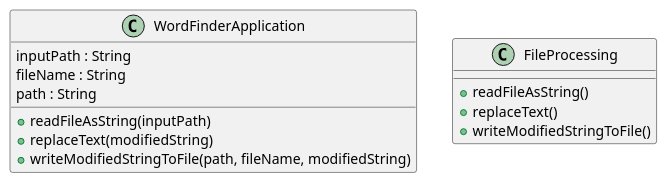
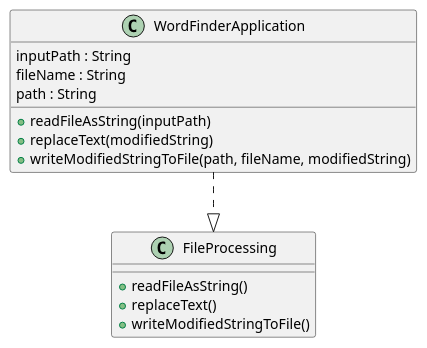
One commit to mredelis/COP3330-OOP-AS3-Summer21 changed the diagram in diagrams/Solution45.puml. Above: the diagram before and after it, drawn with PlantUML. The commit also changed 5 other files, not shown here.

Commit message:
Updated diagrams

```diff
--- a/diagrams/Solution45.puml
+++ b/diagrams/Solution45.puml
@@ -1,20 +1,22 @@
 @startuml
 
 class WordFinderApplication{
     inputPath : String
     fileName : String
     path : String
 
     + readFileAsString(inputPath)
     + replaceText(modifiedString)
     + writeModifiedStringToFile(path, fileName, modifiedString)
 
 }
 
+WordFinderApplication ..|> FileProcessing
+
 class FileProcessing{
     + readFileAsString()
     + replaceText()
     + writeModifiedStringToFile()
 }
 
 @enduml
```
